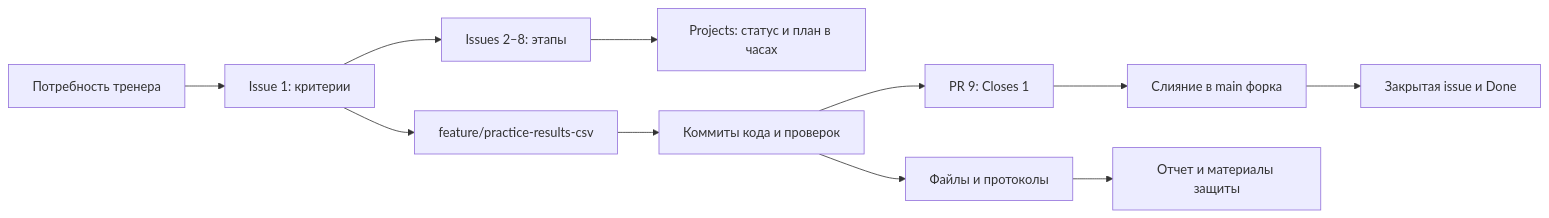
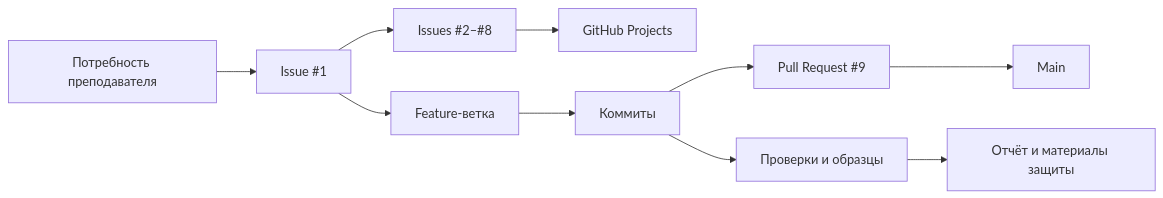
One commit to LyoshaGodX/quizzle-csv-export-report changed the first of 2 diagrams in README.md. Above: the diagram before and after it, drawn with Mermaid. The commit also changed other lines of this file, not shown here.

````diff
--- a/README.md
+++ b/README.md
@@ -78,13 +55,12 @@
 ```mermaid
 flowchart LR
-    need[Потребность тренера] --> issue[Issue 1: критерии]
-    issue --> tasks[Issues 2–8: этапы]
-    tasks --> project[Projects: статус и план в часах]
-    issue --> branch[feature/practice-results-csv]
-    branch --> commits[Коммиты кода и проверок]
-    commits --> pr[PR 9: Closes 1]
-    pr --> merged[Слияние в main форка]
-    merged --> done[Закрытая issue и Done]
-    commits --> evidence[Файлы и протоколы]
-    evidence --> report[Отчет и материалы защиты]
+    need[Потребность преподавателя] --> issue[Issue #1]
+    issue --> tasks[Issues #2–#8]
+    tasks --> project[GitHub Projects]
+    issue --> branch[Feature-ветка]
+    branch --> commits[Коммиты]
+    commits --> pr[Pull Request #9]
+    pr --> main[Main]
+    commits --> tests[Проверки и образцы]
+    tests --> report[Отчёт и материалы защиты]
 ```
````
